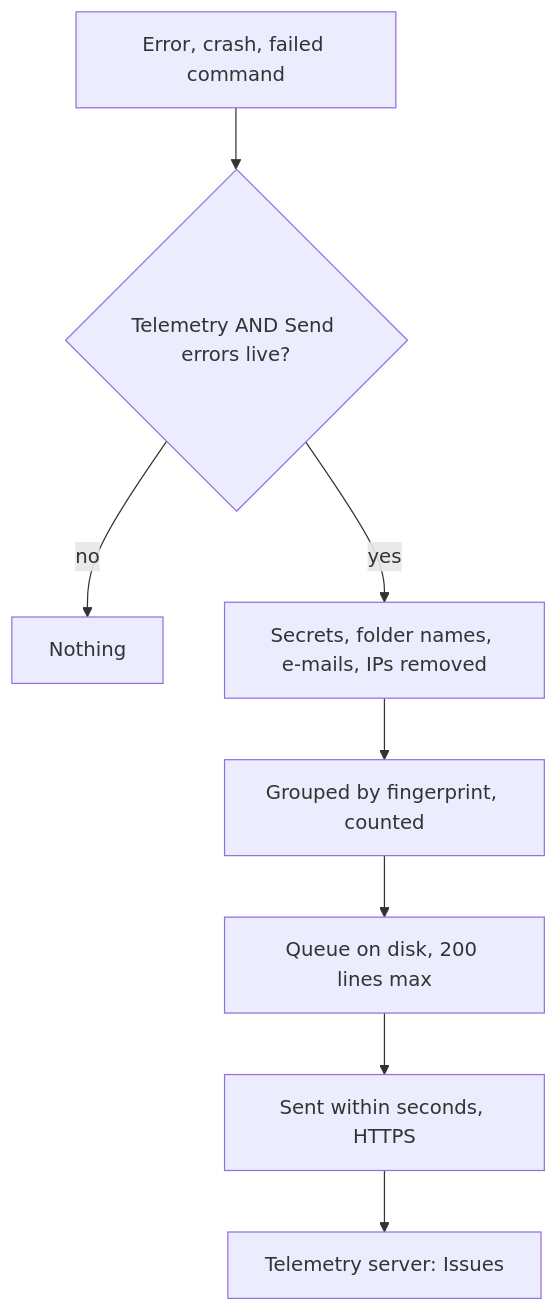
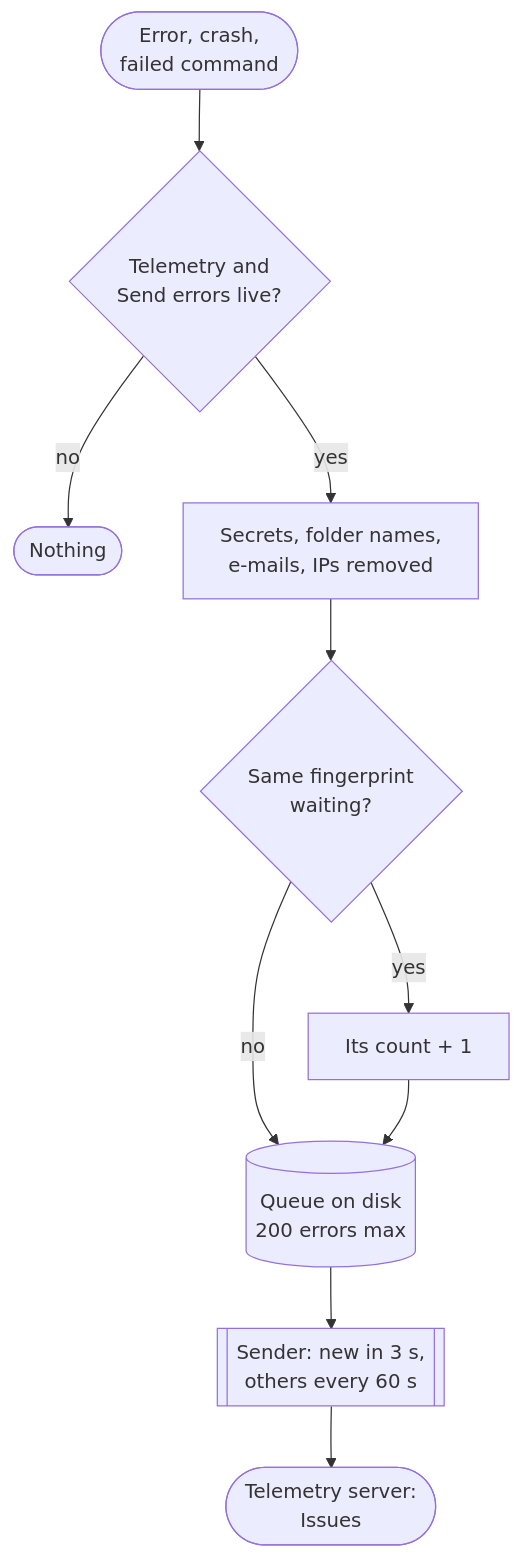
Before and after one commit to FreeProject089/BetterModsManager: the second of 3 diagrams in frontend/assets/docs/en/features/privacy-telemetry.md, drawn with Mermaid. The commit also changed other lines of this file and 176 other files, not shown here.

````diff
--- a/frontend/assets/docs/en/features/privacy-telemetry.md
+++ b/frontend/assets/docs/en/features/privacy-telemetry.md
@@ -125,10 +125,12 @@
 ```mermaid
-graph TD
-    ERR["Error, crash, failed command"] --> SWITCH{"Telemetry AND Send errors live?"}
-    SWITCH -- no --> DROP["Nothing"]
-    SWITCH -- yes --> CLEAN["Secrets, folder names, e-mails, IPs removed"]
-    CLEAN --> GROUP["Grouped by fingerprint, counted"]
-    GROUP --> DISK["Queue on disk, 200 lines max"]
-    DISK --> SEND["Sent within seconds, HTTPS"]
-    SEND --> SERVER["Telemetry server: Issues"]
+flowchart TD
+    ERR(["Error, crash,<br/>failed command"]) --> SWITCH{"Telemetry and<br/>Send errors live?"}
+    SWITCH -- "no" --> DROP(["Nothing"])
+    SWITCH -- "yes" --> CLEAN["Secrets, folder names,<br/>e-mails, IPs removed"]
+    CLEAN --> SEEN{"Same fingerprint<br/>waiting?"}
+    SEEN -- "yes" --> COUNT["Its count + 1"]
+    SEEN -- "no" --> QUEUE[("Queue on disk<br/>200 errors max")]
+    COUNT --> QUEUE
+    QUEUE --> SEND[["Sender: new in 3 s,<br/>others every 60 s"]]
+    SEND --> SERVER(["Telemetry server:<br/>Issues"])
 ```
````
